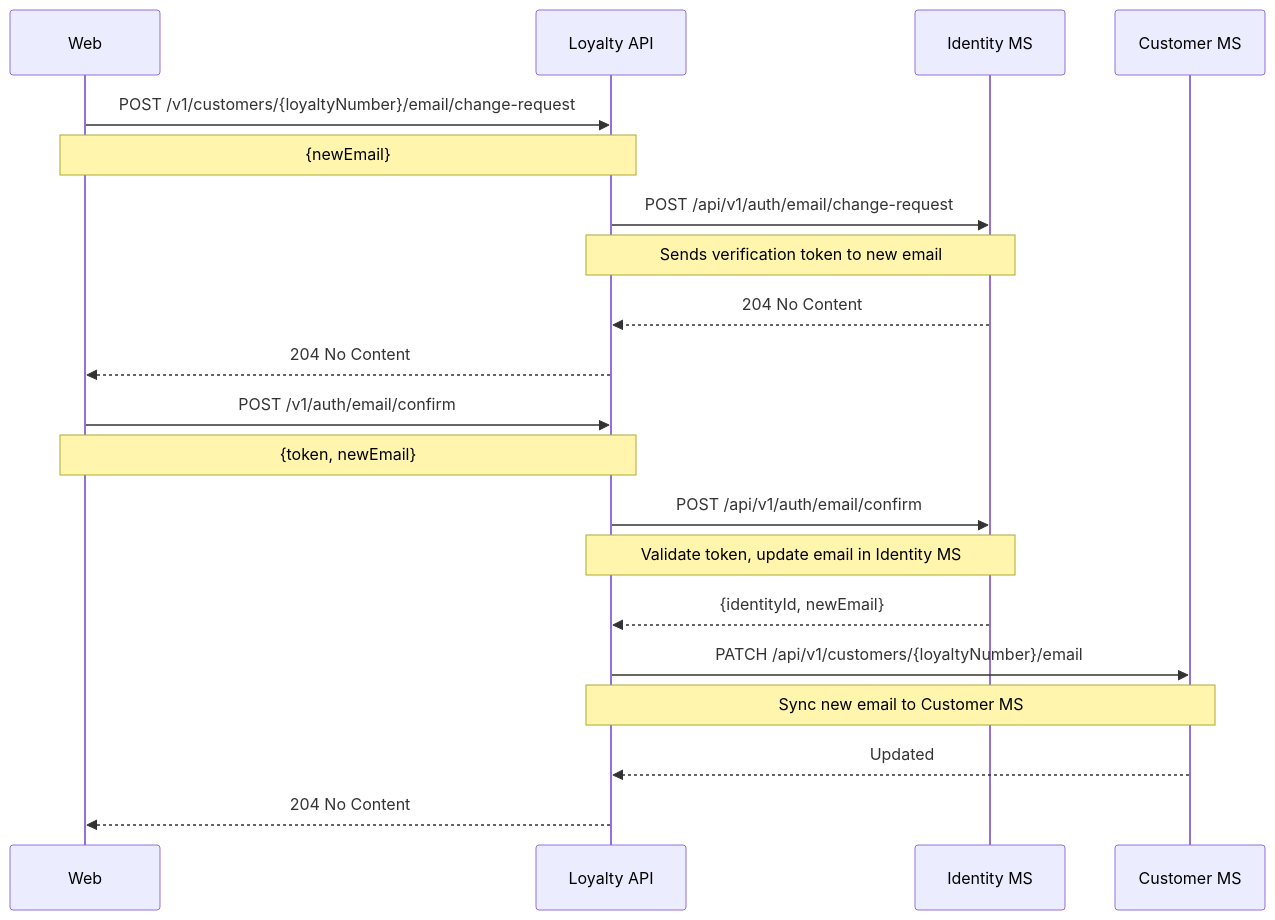
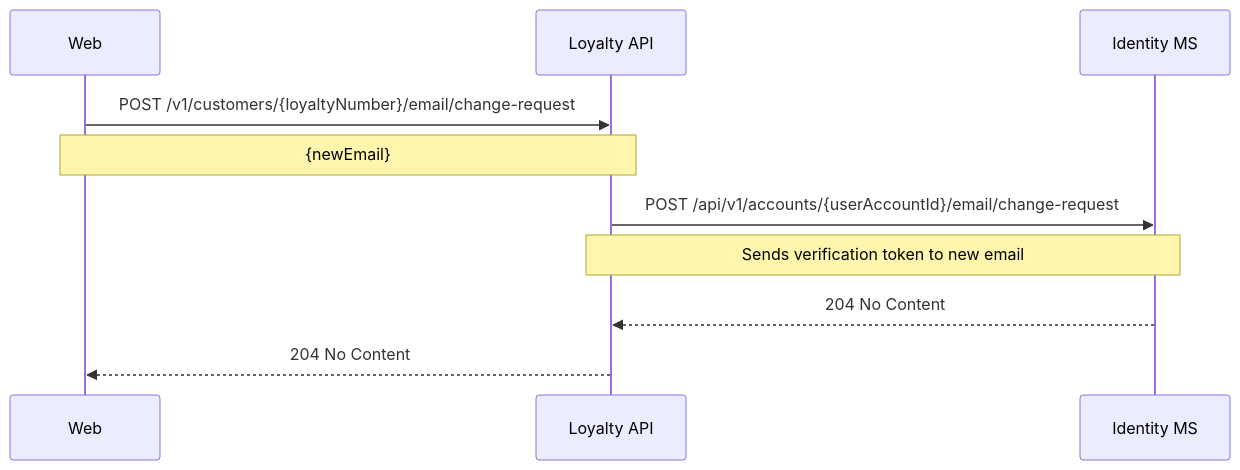
Before and after one commit to sebharvey/airline-reservation-system: the sixth of 9 diagrams in documentation/sequences/identity.md, drawn with Mermaid. The commit also changed other lines of this file and 11 other files, not shown here.

````diff
--- a/documentation/sequences/identity.md
+++ b/documentation/sequences/identity.md
@@ -92,24 +113,13 @@
 ```mermaid
 sequenceDiagram
     participant Web
     participant LoyaltyAPI as Loyalty API
     participant IdentityMS as Identity MS
-    participant CustomerMS as Customer MS
 
     Web->>LoyaltyAPI: POST /v1/customers/{loyaltyNumber}/email/change-request
     Note over Web,LoyaltyAPI: {newEmail}
-    LoyaltyAPI->>IdentityMS: POST /api/v1/auth/email/change-request
+    LoyaltyAPI->>IdentityMS: POST /api/v1/accounts/{userAccountId}/email/change-request
     Note over LoyaltyAPI,IdentityMS: Sends verification token to new email
     IdentityMS-->>LoyaltyAPI: 204 No Content
     LoyaltyAPI-->>Web: 204 No Content
-
-    Web->>LoyaltyAPI: POST /v1/auth/email/confirm
-    Note over Web,LoyaltyAPI: {token, newEmail}
-    LoyaltyAPI->>IdentityMS: POST /api/v1/auth/email/confirm
-    Note over LoyaltyAPI,IdentityMS: Validate token, update email in Identity MS
-    IdentityMS-->>LoyaltyAPI: {identityId, newEmail}
-    LoyaltyAPI->>CustomerMS: PATCH /api/v1/customers/{loyaltyNumber}/email
-    Note over LoyaltyAPI,CustomerMS: Sync new email to Customer MS
-    CustomerMS-->>LoyaltyAPI: Updated
-    LoyaltyAPI-->>Web: 204 No Content
 ```
````
